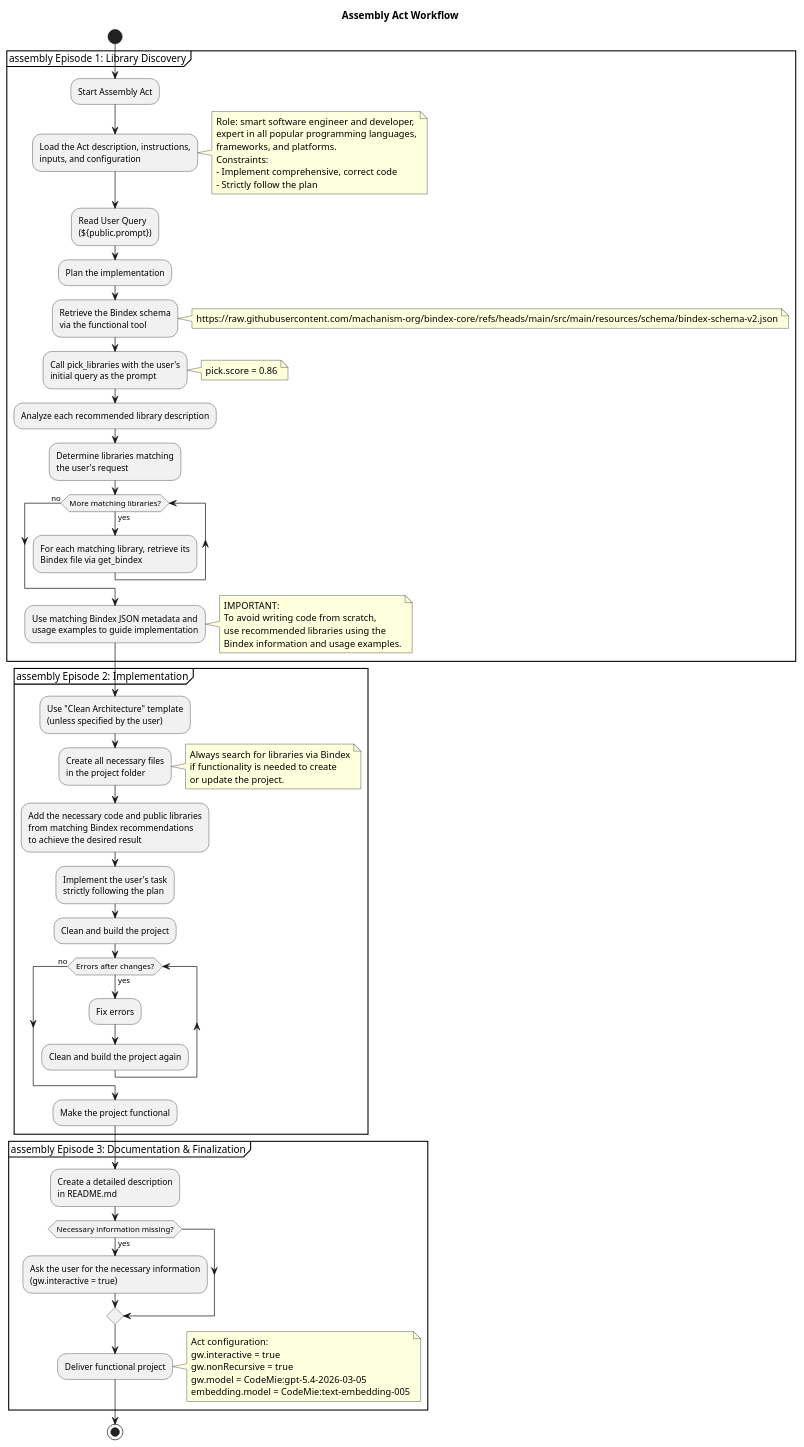
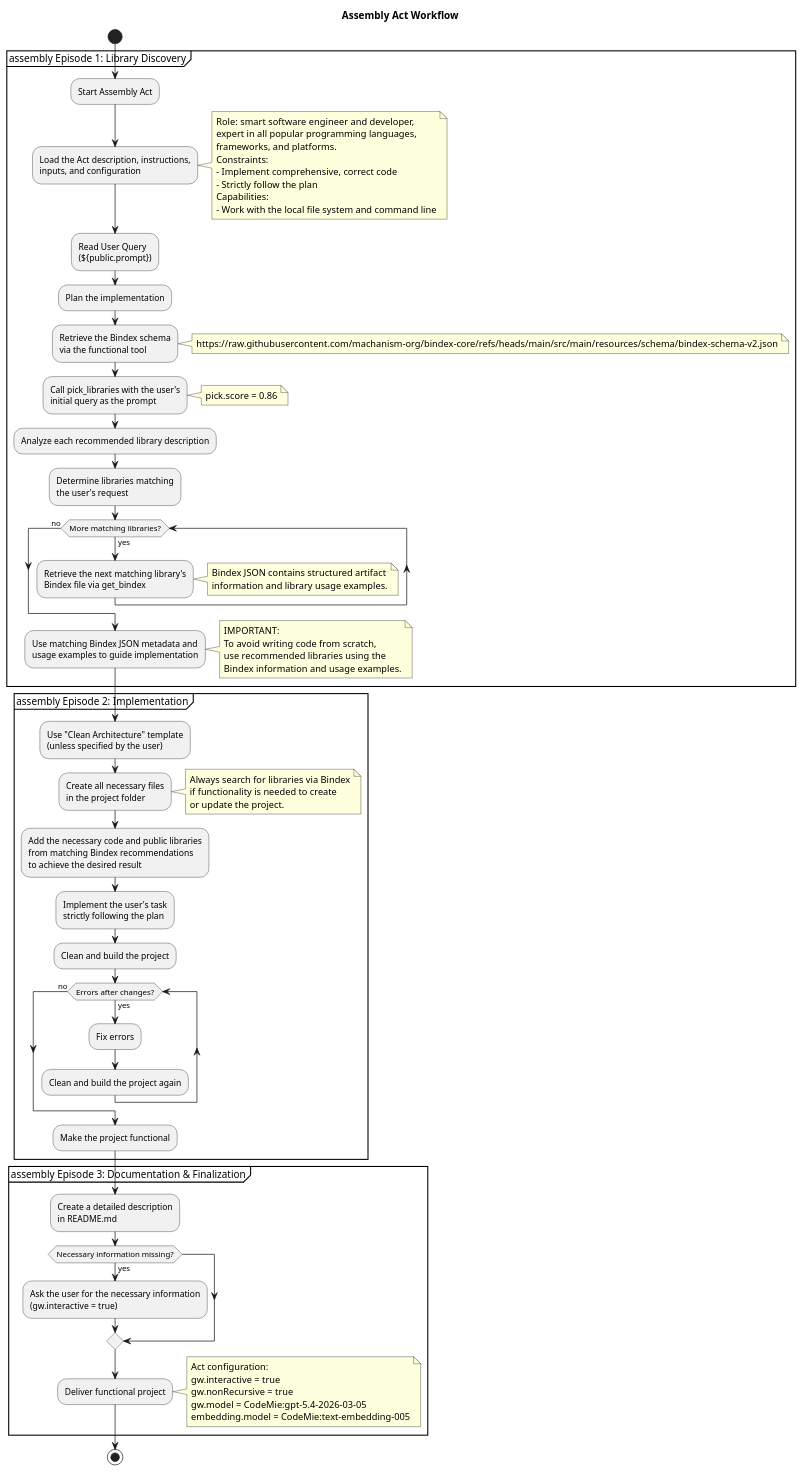
One commit to machanism-org/bindex-core changed the diagram in src/site/puml/assembly-act-workflow.puml. Above: the diagram before and after it, drawn with PlantUML. The commit also changed 1 other file, not shown here.

Commit message:
docs: clarify assembly and Bindex component workflows
The assembly workflow now identifies local filesystem and command-line capabilities and explains that matching Bindex JSON supplies artifact metadata and library usage examples.

```diff
--- a/src/site/puml/assembly-act-workflow.puml
+++ b/src/site/puml/assembly-act-workflow.puml
@@ -5,77 +5,83 @@
 @startuml assembly-workflow
 
 title Assembly Act Workflow
 
 start
 
 partition "assembly Episode 1: Library Discovery" {
   :Start Assembly Act;
   :Load the Act description, instructions,\ninputs, and configuration;
   note right
     Role: smart software engineer and developer,
     expert in all popular programming languages,
     frameworks, and platforms.
     Constraints:
     - Implement comprehensive, correct code
     - Strictly follow the plan
+    Capabilities:
+    - Work with the local file system and command line
   end note
   :Read User Query\n(${public.prompt});
   :Plan the implementation;
   :Retrieve the Bindex schema\nvia the functional tool;
   note right
     https://raw.githubusercontent.com/machanism-org/bindex-core/refs/heads/main/src/main/resources/schema/bindex-schema-v2.json
   end note
   :Call pick_libraries with the user's\ninitial query as the prompt;
   note right
     pick.score = 0.86
   end note
   :Analyze each recommended library description;
   :Determine libraries matching\nthe user's request;
   while (More matching libraries?) is (yes)
-    :For each matching library, retrieve its\nBindex file via get_bindex;
+    :Retrieve the next matching library's\nBindex file via get_bindex;
+    note right
+      Bindex JSON contains structured artifact
+      information and library usage examples.
+    end note
   endwhile (no)
   :Use matching Bindex JSON metadata and\nusage examples to guide implementation;
   note right
     IMPORTANT:
     To avoid writing code from scratch,
     use recommended libraries using the
     Bindex information and usage examples.
   end note
 }
 
 partition "assembly Episode 2: Implementation" {
   :Use "Clean Architecture" template\n(unless specified by the user);
   :Create all necessary files\nin the project folder;
   note right
     Always search for libraries via Bindex
     if functionality is needed to create
     or update the project.
   end note
   :Add the necessary code and public libraries\nfrom matching Bindex recommendations\nto achieve the desired result;
   :Implement the user's task\nstrictly following the plan;
   :Clean and build the project;
   while (Errors after changes?) is (yes)
     :Fix errors;
     :Clean and build the project again;
   endwhile (no)
   :Make the project functional;
 }
 
 partition "assembly Episode 3: Documentation & Finalization" {
   :Create a detailed description\nin README.md;
   if (Necessary information missing?) then (yes)
     :Ask the user for the necessary information\n(gw.interactive = true);
   endif
   :Deliver functional project;
   note right
     Act configuration:
     gw.interactive = true
     gw.nonRecursive = true
     gw.model = CodeMie:gpt-5.4-2026-03-05
     embedding.model = CodeMie:text-embedding-005
   end note
 }
 
 stop
 
 @enduml
```
